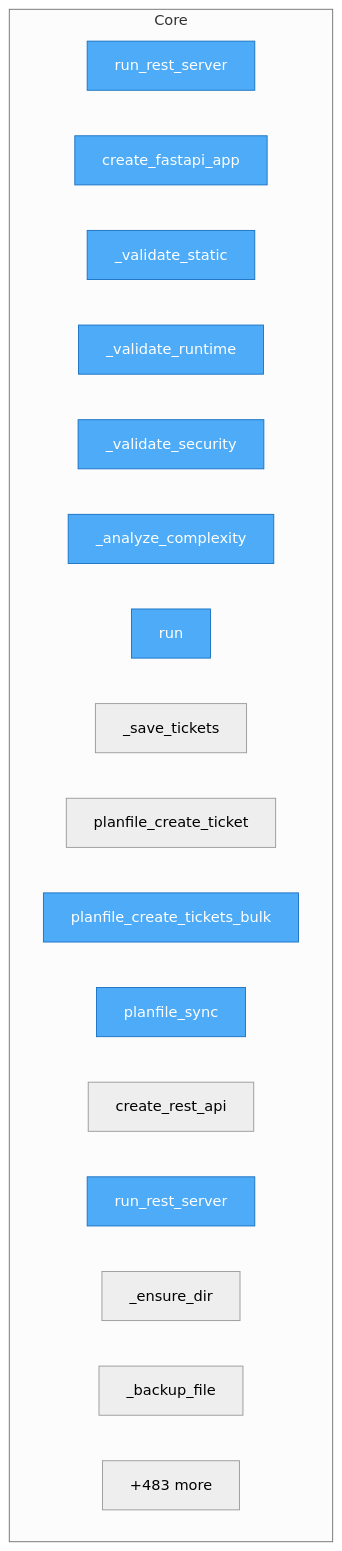
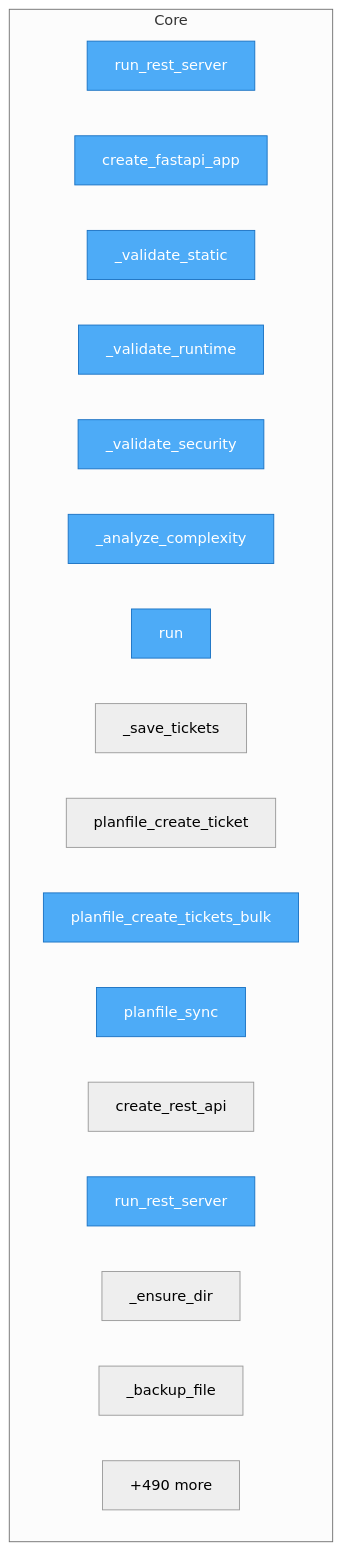
One commit to semcod/algitex changed the diagram in project/flow.mmd. Above: the diagram before and after it, drawn with Mermaid (neutral theme). The commit also changed 26 other files, not shown here.

```diff
--- a/project/flow.mmd
+++ b/project/flow.mmd
@@ -1,25 +1,25 @@
 flowchart TD
 
     %% Entry points (blue)
     classDef entry fill:#4dabf7,stroke:#1971c2,color:#fff
 
     subgraph Core
         docker__aider_mcp__aider_mcp_server__run_rest_server["run_rest_server"]
         docker__vallm__vallm_server__VallmServer__create_fastapi_app["create_fastapi_app"]
         docker__vallm__vallm_server__VallmServer___validate_static["_validate_static"]
         docker__vallm__vallm_server__VallmServer___validate_runtime["_validate_runtime"]
         docker__vallm__vallm_server__VallmServer___validate_security["_validate_security"]
         docker__vallm__vallm_server__VallmServer___analyze_complexity["_analyze_complexity"]
         docker__vallm__vallm_server__VallmServer__run["run"]
         docker__planfile_mcp__planfile_mcp_server___save_tickets["_save_tickets"]
         docker__planfile_mcp__planfile_mcp_server__planfile_create_ticket["planfile_create_ticket"]
         docker__planfile_mcp__planfile_mcp_server__planfile_create_tickets_bulk["planfile_create_tickets_bulk"]
         docker__planfile_mcp__planfile_mcp_server__planfile_sync["planfile_sync"]
         docker__planfile_mcp__planfile_mcp_server__create_rest_api["create_rest_api"]
         docker__planfile_mcp__planfile_mcp_server__run_rest_server["run_rest_server"]
         src__algitex__tools__config__ConfigManager___ensure_dir["_ensure_dir"]
         src__algitex__tools__config__ConfigManager___backup_file["_backup_file"]
-        ...["+483 more"]
+        ...["+490 more"]
     end
 
     class docker__aider_mcp__aider_mcp_server__run_rest_server,docker__vallm__vallm_server__VallmServer__create_fastapi_app,docker__vallm__vallm_server__VallmServer___validate_static,docker__vallm__vallm_server__VallmServer___validate_runtime,docker__vallm__vallm_server__VallmServer___validate_security,docker__vallm__vallm_server__VallmServer___analyze_complexity,docker__vallm__vallm_server__VallmServer__run,docker__planfile_mcp__planfile_mcp_server__planfile_create_tickets_bulk,docker__planfile_mcp__planfile_mcp_server__planfile_sync,docker__planfile_mcp__planfile_mcp_server__run_rest_server entry
```
